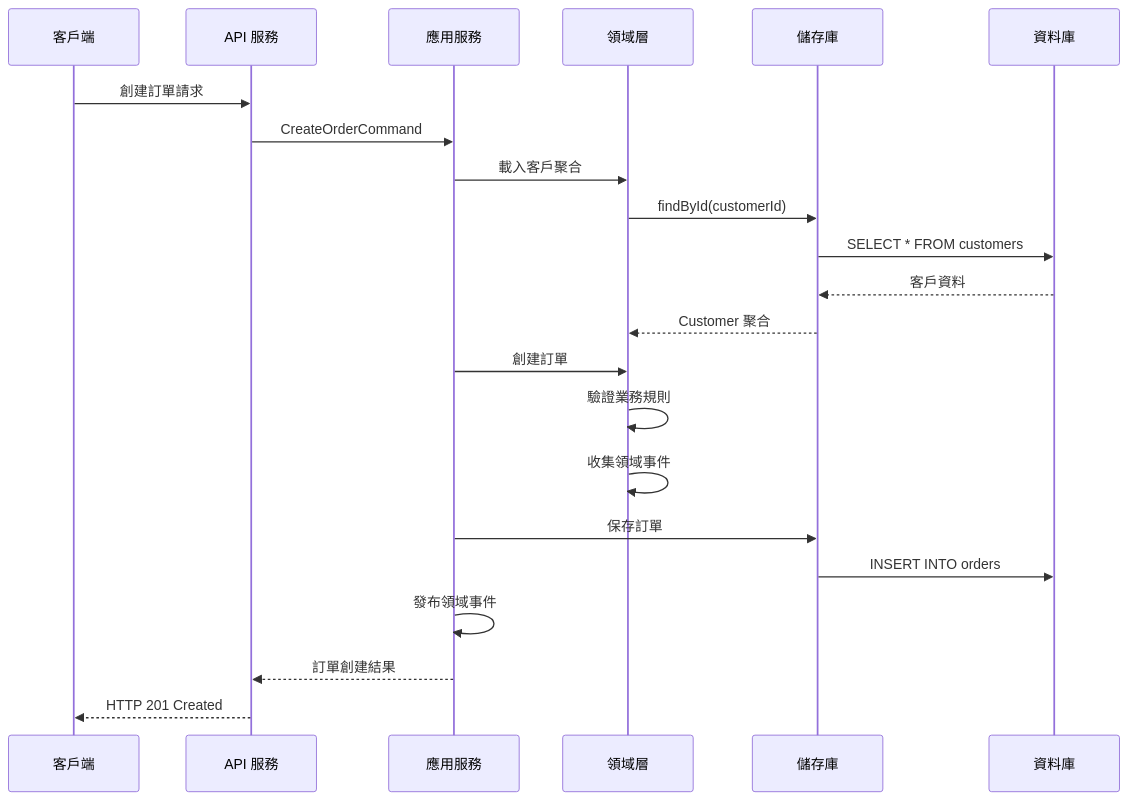
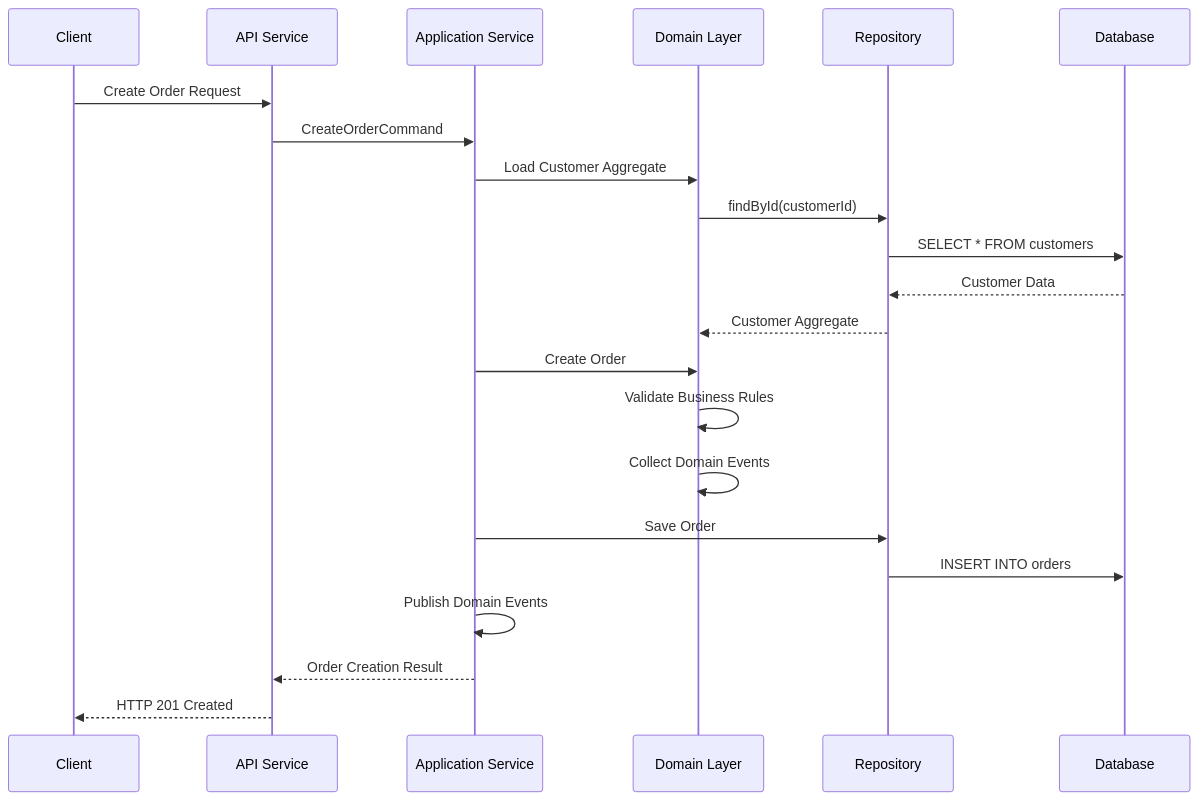
The first of 2 diagrams in docs/viewpoints/information/architecture-elements.md (humank/genai-demo), drawn with Mermaid before and after one commit. The commit also changed other lines of this file and 453 other files, not shown here.

First line of the commit message:
feat: Complete translation of key architecture and API documentation

````diff
--- a/docs/viewpoints/information/architecture-elements.md
+++ b/docs/viewpoints/information/architecture-elements.md
@@ -186,25 +186,25 @@
 ```mermaid
 sequenceDiagram
-    participant Client as 客戶端
-    participant API as API 服務
-    participant App as 應用服務
-    participant Domain as 領域層
-    participant Repo as 儲存庫
-    participant DB as 資料庫
+    participant Client as Client
+    participant API as API Service
+    participant App as Application Service
+    participant Domain as Domain Layer
+    participant Repo as Repository
+    participant DB as Database
     
-    Client->>API: 創建訂單請求
+    Client->>API: Create Order Request
     API->>App: CreateOrderCommand
-    App->>Domain: 載入客戶聚合
+    App->>Domain: Load Customer Aggregate
     Domain->>Repo: findById(customerId)
     Repo->>DB: SELECT * FROM customers
-    DB-->>Repo: 客戶資料
-    Repo-->>Domain: Customer 聚合
-    App->>Domain: 創建訂單
-    Domain->>Domain: 驗證業務規則
-    Domain->>Domain: 收集領域事件
-    App->>Repo: 保存訂單
+    DB-->>Repo: Customer Data
+    Repo-->>Domain: Customer Aggregate
+    App->>Domain: Create Order
+    Domain->>Domain: Validate Business Rules
+    Domain->>Domain: Collect Domain Events
+    App->>Repo: Save Order
     Repo->>DB: INSERT INTO orders
-    App->>App: 發布領域事件
-    App-->>API: 訂單創建結果
+    App->>App: Publish Domain Events
+    App-->>API: Order Creation Result
     API-->>Client: HTTP 201 Created
 ```
````
